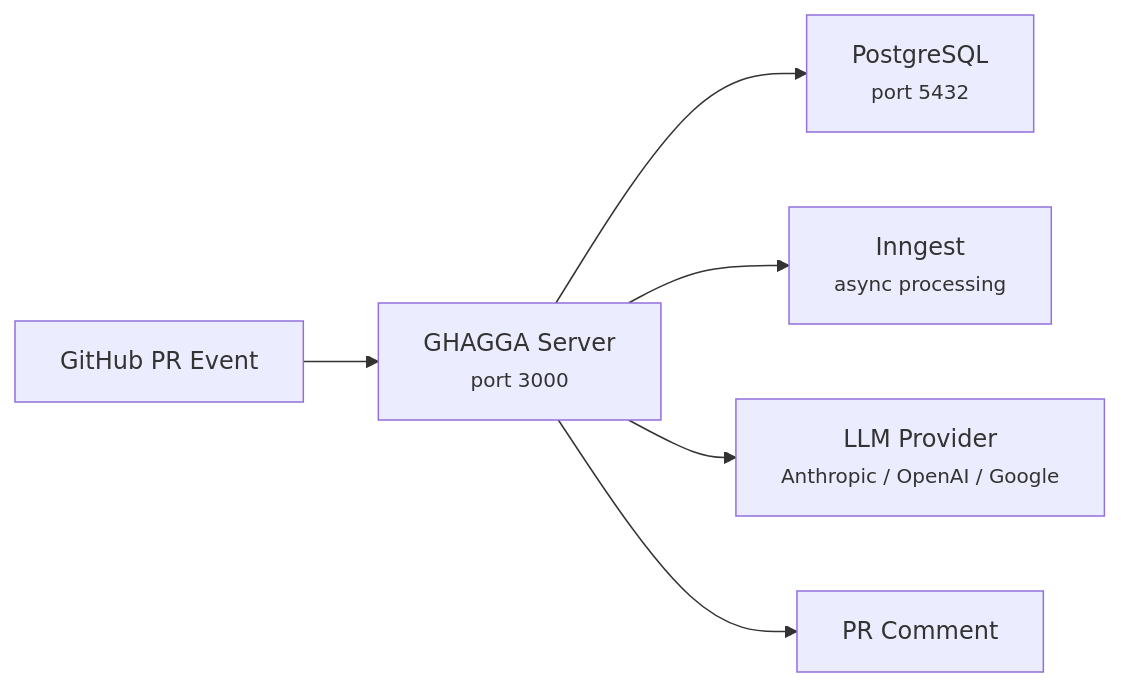
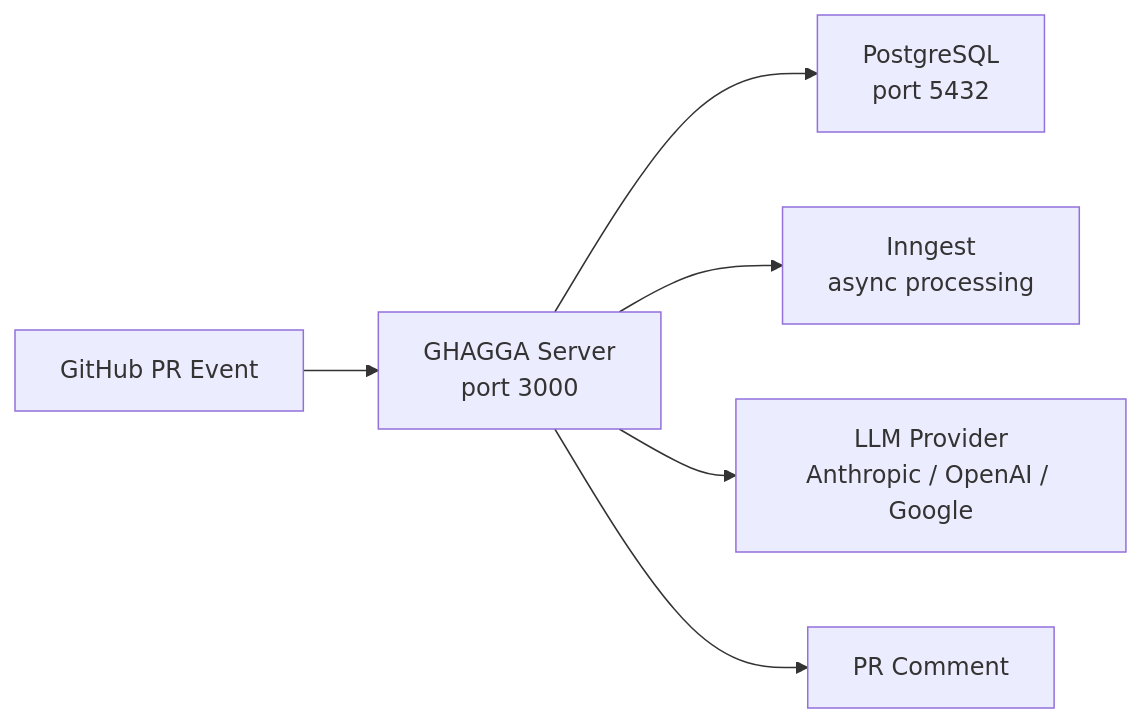
One commit to actions-marketplace-validations/JNZader_ghagga changed the first of 2 diagrams in docs/self-hosted.md. Above: the diagram before and after it, drawn with Mermaid. The commit also changed other lines of this file and 7 other files, not shown here.

First line of the commit message:
fix(docs): remove <small> tags from Mermaid diagrams

````diff
--- a/docs/self-hosted.md
+++ b/docs/self-hosted.md
@@ -16,8 +16,8 @@
 ```mermaid
 flowchart LR
-  GH["GitHub PR Event"] --> Server["GHAGGA Server<br/><small>port 3000</small>"]
-  Server --> PG["PostgreSQL<br/><small>port 5432</small>"]
-  Server --> Inngest["Inngest<br/><small>async processing</small>"]
-  Server --> LLM["LLM Provider<br/><small>Anthropic / OpenAI / Google</small>"]
+  GH["GitHub PR Event"] --> Server["GHAGGA Server<br/>port 3000"]
+  Server --> PG["PostgreSQL<br/>port 5432"]
+  Server --> Inngest["Inngest<br/>async processing"]
+  Server --> LLM["LLM Provider<br/>Anthropic / OpenAI / Google"]
   Server --> Comment["PR Comment"]
 ```
````
